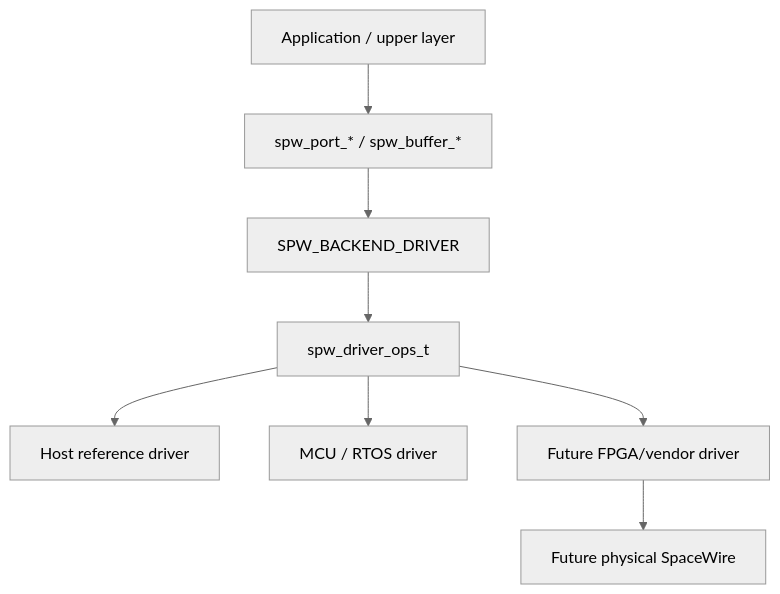
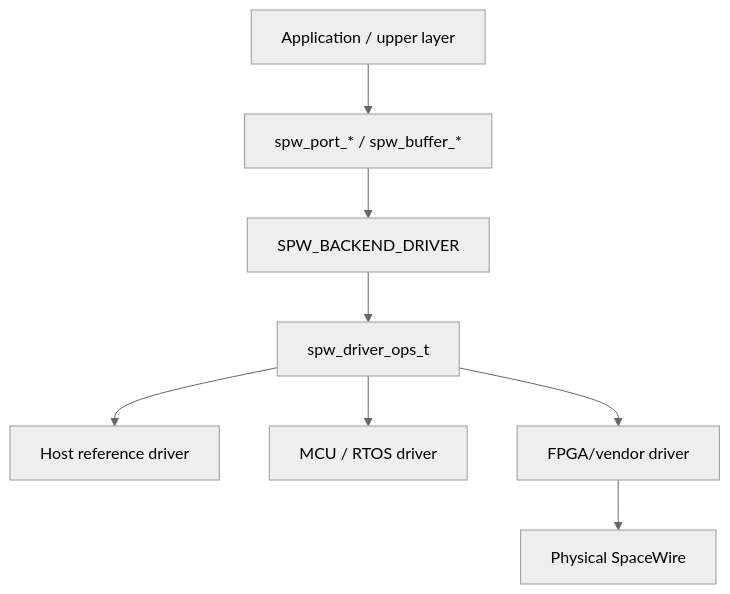
The first of 2 diagrams in docs/v0.6-scope.md (ExoSpaceLabs/spwkit), drawn with Mermaid (neutral theme) before and after one commit. The commit also changed other lines of this file, not shown here.

````diff
--- a/docs/v0.6-scope.md
+++ b/docs/v0.6-scope.md
@@ -7,10 +7,10 @@
 ```mermaid
 flowchart TB
     APP[Application / upper layer] --> API[spw_port_* / spw_buffer_*]
     API --> DRIVER[SPW_BACKEND_DRIVER]
     DRIVER --> OPS[spw_driver_ops_t]
     OPS --> REF[Host reference driver]
     OPS --> MCU[MCU / RTOS driver]
-    OPS --> FPGA[Future FPGA/vendor driver]
-    FPGA --> PHY[Future physical SpaceWire]
+    OPS --> FPGA[FPGA/vendor driver]
+    FPGA --> PHY[Physical SpaceWire]
 ```
````
